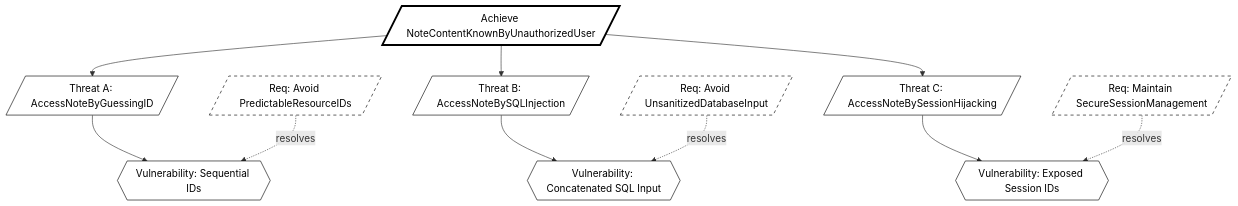
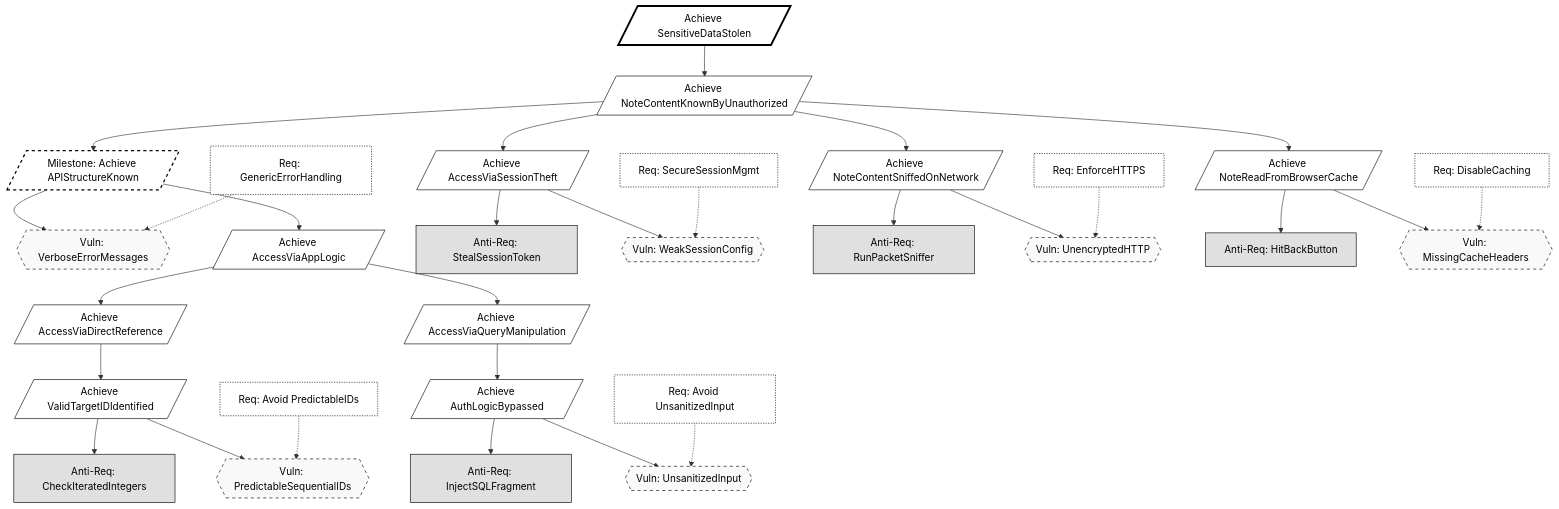
Before and after one commit to StefanB07/Secure-Notes-App: the first of 3 diagrams in KAOS.md, drawn with Mermaid. The commit also changed other lines of this file, not shown here.

Commit message:
Add Confidentiality diagram

````diff
--- a/KAOS.md
+++ b/KAOS.md
@@ -48,42 +86,108 @@
 ```mermaid
 graph TD
-%% --- STYLING (Black & White KAOS Style) ---
-%% White background, black lines, black text
-    classDef default fill:#fff,stroke:#000,stroke-width:1px,color:#000;
-    classDef boldBorder fill:#fff,stroke:#000,stroke-width:3px,color:#000;
-    classDef dashed fill:#fff,stroke:#000,stroke-width:1px,stroke-dasharray: 5 5,color:#000;
+    %% --- STYLING ---
+    classDef root fill:#fff,stroke:#000,stroke-width:3px,color:#000;
+    classDef goal fill:#fff,stroke:#000,stroke-width:1px,color:#000;
+    classDef milestone fill:#fff,stroke:#000,stroke-width:2px,stroke-dasharray: 5 5,color:#000;
+    classDef antiReq fill:#e0e0e0,stroke:#000,stroke-width:1px,color:#000;
+    classDef vuln fill:#f9f9f9,stroke:#000,stroke-width:1px,stroke-dasharray: 5 5,color:#000;
+    classDef cm fill:#fff,stroke:#000,stroke-width:1px,stroke-dasharray: 2 2,color:#000;
 
-%% --- ROOT ANTI-GOAL ---
-%% Bold border to represent the initial anti-goal
-    AG_Root[/Achieve NoteContentKnownByUnauthorizedUser/]:::boldBorder
+    %% ==========================================
+    %% STRATEGIC ROOTS
+    %% ==========================================
+    AG_L1[/Achieve SensitiveDataStolen/]:::root
+    AG_L2[/Achieve NoteContentKnownByUnauthorized/]:::goal
+    AG_L1 --> AG_L2
 
-%% --- THREATS (Refinements) ---
-    AG_Guess[/Threat A: AccessNoteByGuessingID/]
-    AG_SQL[/Threat B: AccessNoteBySQLInjection/]
-    AG_Hijack[/Threat C: AccessNoteBySessionHijacking/]
+    %% ==========================================
+    %% THREAT F: RECONNAISSANCE (The Milestone)
+    %% ==========================================
+    AG_Milestone[/Milestone: Achieve APIStructureKnown/]:::milestone
+    AG_L2 --> AG_Milestone
 
-%% Connect Root to Threats
-    AG_Root --> AG_Guess
-    AG_Root --> AG_SQL
-    AG_Root --> AG_Hijack
+    Vuln_Verbose{{Vuln: VerboseErrorMessages}}:::vuln
+    AG_Milestone --> Vuln_Verbose
+    
+    CM_Errors[Req: GenericErrorHandling]:::cm
+    CM_Errors -.-> Vuln_Verbose
 
-%% --- VULNERABILITIES (Leaf Nodes) ---
-%% Represented as Pentagons ("House" shape)
-    Vuln_SeqID{{Vulnerability: Sequential IDs}}
-    Vuln_Concat{{Vulnerability: Concatenated SQL Input}}
-    Vuln_Sess{{Vulnerability: Exposed Session IDs}}
+    %% ==========================================
+    %% THREATS A & B: APPLICATION LOGIC ATTACKS
+    %% ==========================================
+    AG_AppLogic[/Achieve AccessViaAppLogic/]:::goal
+    AG_Milestone --> AG_AppLogic
 
-    AG_Guess --> Vuln_SeqID
-    AG_SQL --> Vuln_Concat
+    %% --- THREAT A: ID GUESSING ---
+    AG_L4_Direct[/Achieve AccessViaDirectReference/]:::goal
+    AG_AppLogic --> AG_L4_Direct
+
+    AG_L5_Probe[/Achieve ValidTargetIDIdentified/]:::goal
+    AG_L4_Direct --> AG_L5_Probe
+
+    AR_Iterate[Anti-Req: CheckIteratedIntegers]:::antiReq
+    Vuln_SeqID{{Vuln: PredictableSequentialIDs}}:::vuln
+    AG_L5_Probe --> AR_Iterate
+    AG_L5_Probe --> Vuln_SeqID
+    
+    CM_UUID[Req: Avoid PredictableIDs]:::cm
+    CM_UUID -.-> Vuln_SeqID
+
+    %% --- THREAT B: SQL INJECTION ---
+    AG_L4_Inject[/Achieve AccessViaQueryManipulation/]:::goal
+    AG_AppLogic --> AG_L4_Inject
+
+    AG_L5_Bypass[/Achieve AuthLogicBypassed/]:::goal
+    AG_L4_Inject --> AG_L5_Bypass
+
+    AR_SQL[Anti-Req: InjectSQLFragment]:::antiReq
+    Vuln_Sanity{{Vuln: UnsanitizedInput}}:::vuln
+    AG_L5_Bypass --> AR_SQL
+    AG_L5_Bypass --> Vuln_Sanity
+
+    CM_JPA[Req: Avoid UnsanitizedInput]:::cm
+    CM_JPA -.-> Vuln_Sanity
+
+    %% ==========================================
+    %% THREAT C: SESSION HIJACKING
+    %% ==========================================
+    AG_Hijack[/Achieve AccessViaSessionTheft/]:::goal
+    AG_L2 --> AG_Hijack
+
+    AR_Steal[Anti-Req: StealSessionToken]:::antiReq
+    Vuln_Sess{{Vuln: WeakSessionConfig}}:::vuln
+    AG_Hijack --> AR_Steal
     AG_Hijack --> Vuln_Sess
 
-%% --- COUNTERMEASURES ---
-%% Dashed lines indicating resolution
-    CM_UUID[/Req: Avoid PredictableResourceIDs/]:::dashed
-    CM_JPA[/Req: Avoid UnsanitizedDatabaseInput/]:::dashed
-    CM_Sec[/Req: Maintain SecureSessionManagement/]:::dashed
+    CM_SecureSess[Req: SecureSessionMgmt]:::cm
+    CM_SecureSess -.-> Vuln_Sess
 
-    CM_UUID -. resolves .-> Vuln_SeqID
-    CM_JPA -. resolves .-> Vuln_Concat
-    CM_Sec -. resolves .-> Vuln_Sess
+    %% ==========================================
+    %% THREAT D: NETWORK SNIFFING (Infrastructure)
+    %% ==========================================
+    AG_Network[/Achieve NoteContentSniffedOnNetwork/]:::goal
+    AG_L2 --> AG_Network
+
+    AR_Sniff[Anti-Req: RunPacketSniffer]:::antiReq
+    Vuln_HTTP{{Vuln: UnencryptedHTTP}}:::vuln
+    AG_Network --> AR_Sniff
+    AG_Network --> Vuln_HTTP
+
+    %% This link was fixed below (Changed Vuln_HTTPS to Vuln_HTTP)
+    CM_HTTPS[Req: EnforceHTTPS]:::cm
+    CM_HTTPS -.-> Vuln_HTTP
+
+    %% ==========================================
+    %% THREAT E: CLIENT-SIDE CACHING
+    %% ==========================================
+    AG_Client[/Achieve NoteReadFromBrowserCache/]:::goal
+    AG_L2 --> AG_Client
+
+    AR_Back[Anti-Req: HitBackButton]:::antiReq
+    Vuln_Cache{{Vuln: MissingCacheHeaders}}:::vuln
+    AG_Client --> AR_Back
+    AG_Client --> Vuln_Cache
+
+    CM_NoCache[Req: DisableCaching]:::cm
+    CM_NoCache -.-> Vuln_Cache  
 ```
````
